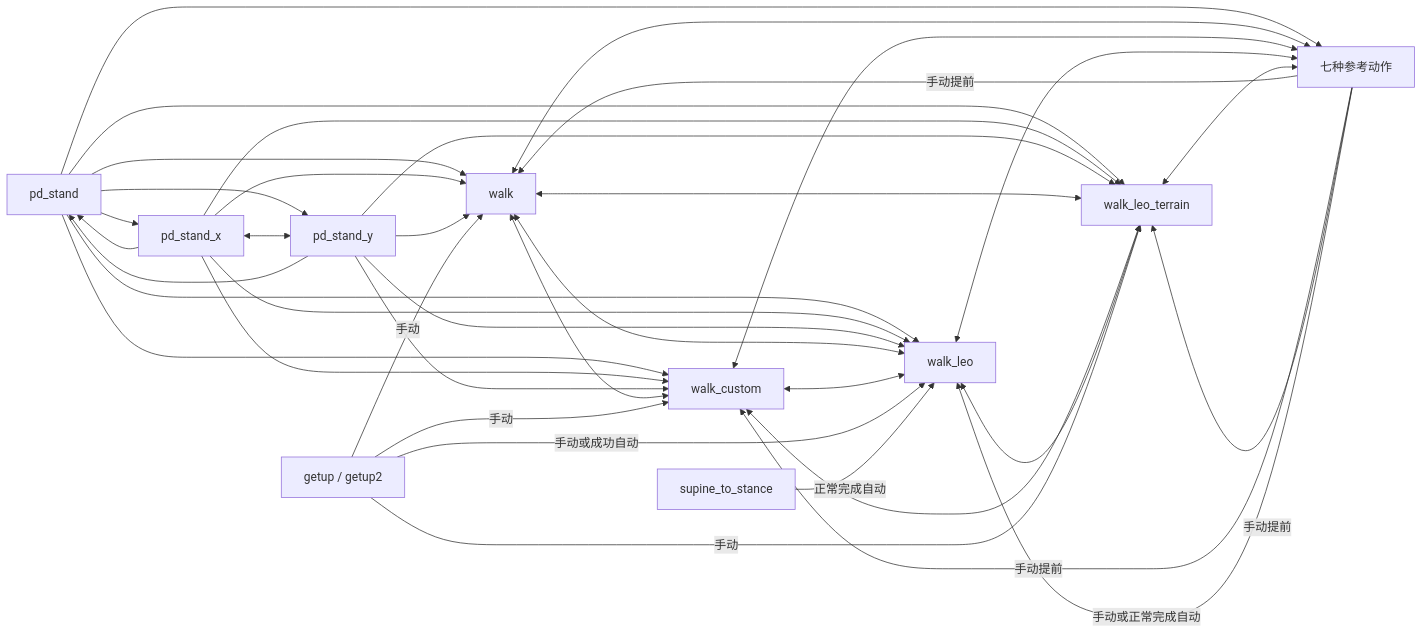
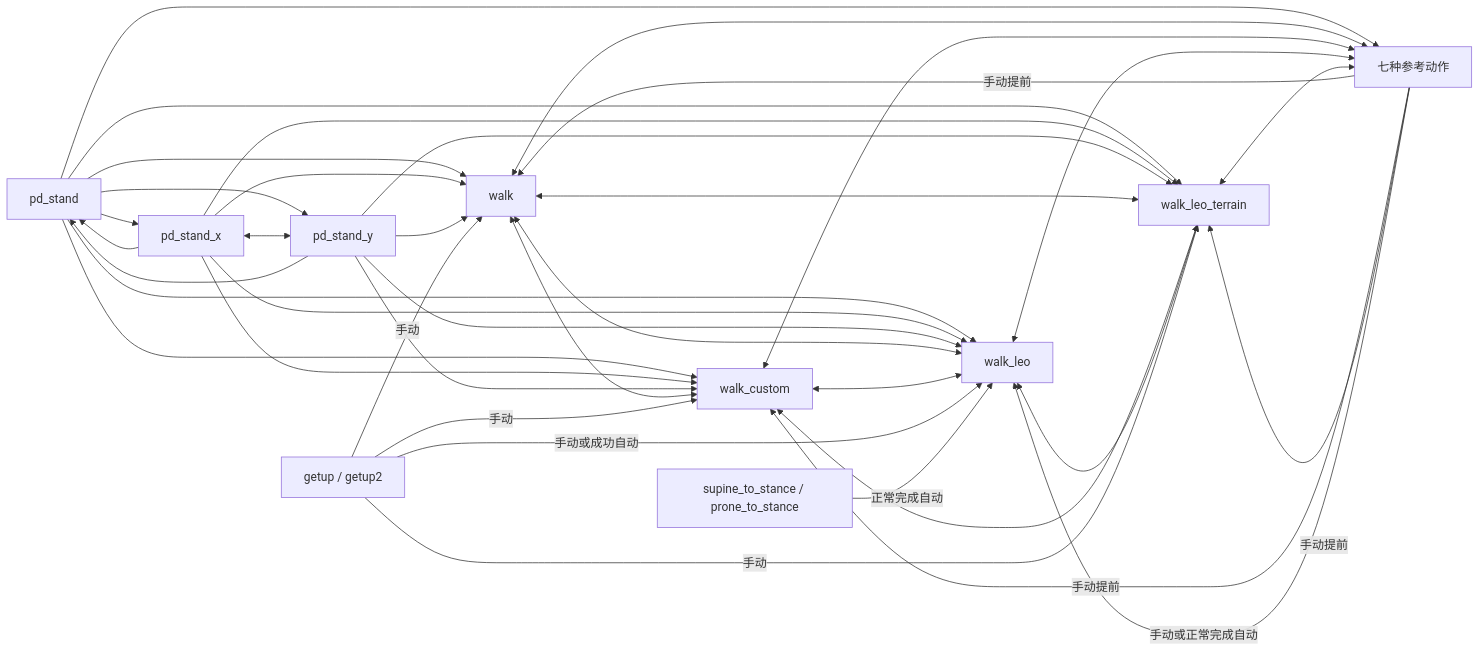
The diagram in docs/t800_motion_transition.md (weishuai-oos/engineai_robotics_native_sdk), drawn with Mermaid before and after one commit. The commit also changed other lines of this file and 31 other files, not shown here.

````diff
--- a/docs/t800_motion_transition.md
+++ b/docs/t800_motion_transition.md
@@ -46,54 +46,54 @@
 ```mermaid
 flowchart LR
   PD[pd_stand]
   W1[walk]
   W2[walk_custom]
   W3[walk_leo]
   W4[walk_leo_terrain]
   PX[pd_stand_x]
   PY[pd_stand_y]
   A[七种参考动作]
   G[getup / getup2]
-  S[supine_to_stance]
+  S[supine_to_stance / prone_to_stance]
 
   PD --> W1
   PD --> W2
   PD --> W3
   PD --> W4
   PD --> A
   PD --> PX
   PD --> PY
 
   PX <--> PY
   PX --> PD
   PY --> PD
   PX --> W1
   PX --> W2
   PX --> W3
   PX --> W4
   PY --> W1
   PY --> W2
   PY --> W3
   PY --> W4
 
   W1 <--> W2
   W1 <--> W3
   W1 <--> W4
   W2 <--> W3
   W2 <--> W4
   W3 <--> W4
   W1 <--> A
   W2 <--> A
   W3 <--> A
   W4 <--> A
 
   G -->|手动| W1
   G -->|手动| W2
   G -->|手动| W4
   G -->|手动或成功自动| W3
   S -->|正常完成自动| W3
   A -->|手动提前| W1
   A -->|手动提前| W2
   A -->|手动提前| W4
   A -->|手动或正常完成自动| W3
 ```
````
